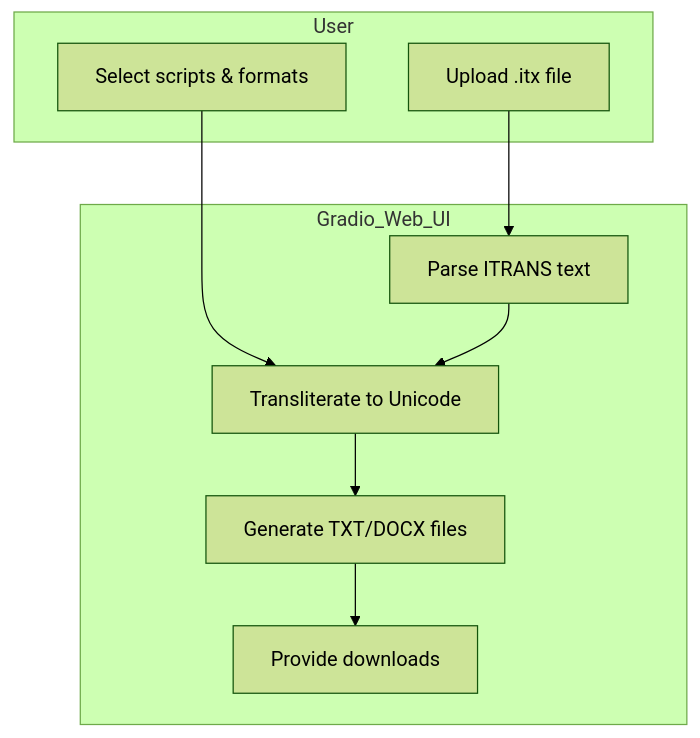
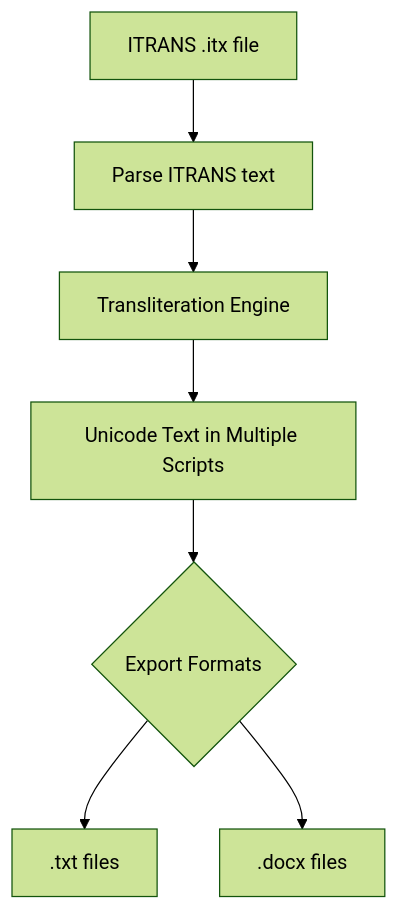
One commit to theghostrat/itrans-transliterator changed the diagram in README.md. Above: the diagram before and after it, drawn with Mermaid (forest theme). The commit also changed other lines of this file, not shown here.

Commit message:
Simplify README: add core program architecture diagram, remove UI workflow diagrams

````diff
--- a/README.md
+++ b/README.md
@@ -27,16 +27,9 @@
 ```mermaid
 flowchart TD
-    subgraph User
-        A1[Upload .itx file]
-        A2[Select scripts & formats]
-    end
-    subgraph Gradio_Web_UI
-        B1[Parse ITRANS text]
-        B2[Transliterate to Unicode]
-        B3[Generate TXT/DOCX files]
-        B4[Provide downloads]
-    end
-    A1 --> B1
-    A2 --> B2
-    B1 --> B2 --> B3 --> B4
+    A[ITRANS .itx file] --> B[Parse ITRANS text]
+    B --> C[Transliteration Engine]
+    C --> D[Unicode Text in Multiple Scripts]
+    D --> E{Export Formats}
+    E --> F[.txt files]
+    E --> G[.docx files]
 ```
````
